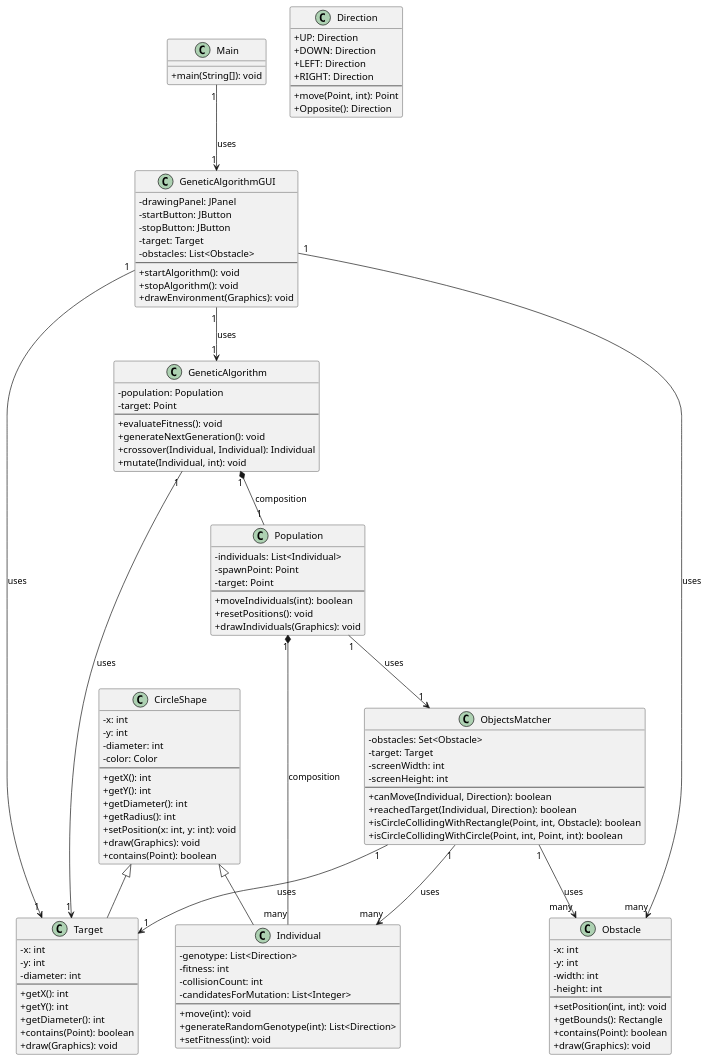
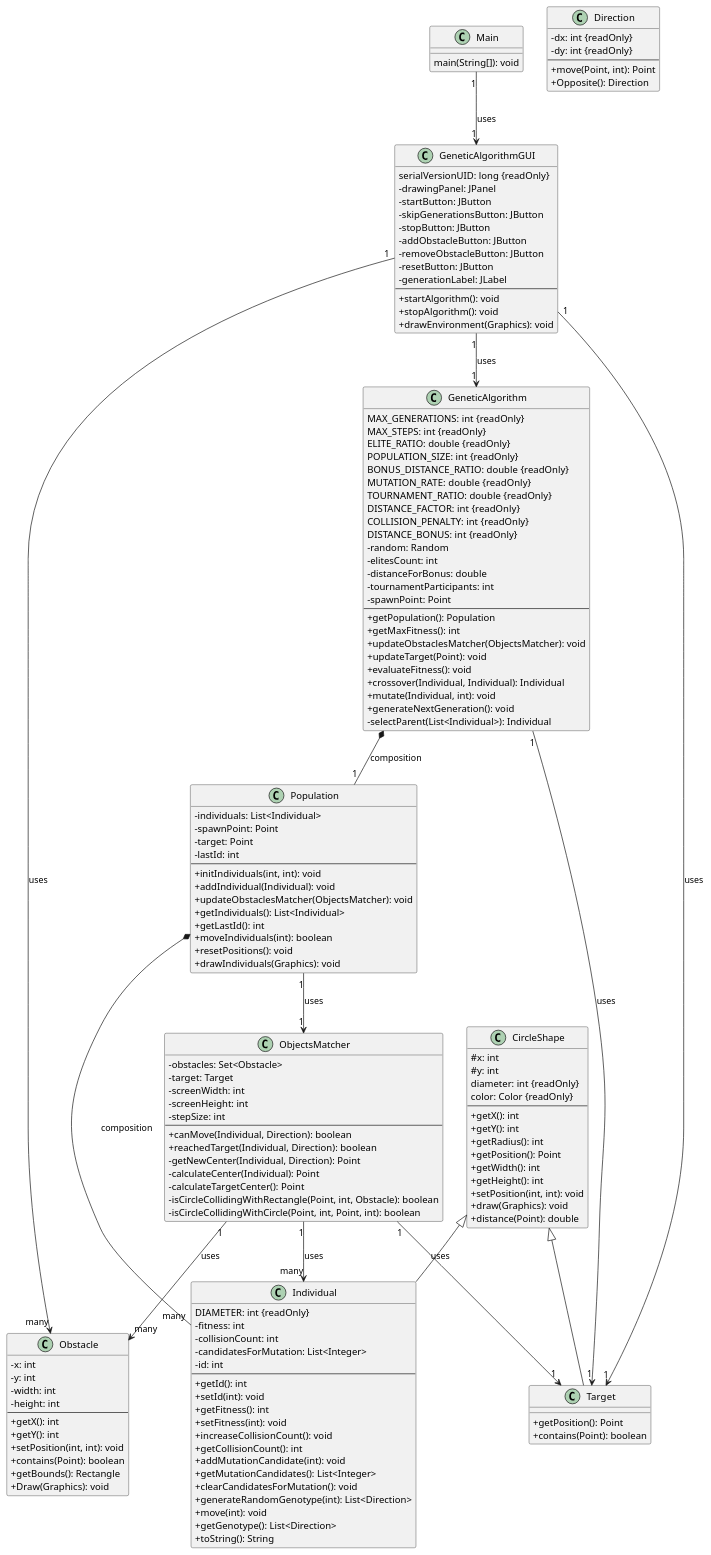
The diagram in docs/UmlClasses.puml (sedyukov/GeneticsAlgo), drawn with PlantUML before and after one commit. The commit also changed 3 other files, not shown here.

```diff
--- a/docs/UmlClasses.puml
+++ b/docs/UmlClasses.puml
@@ -1,131 +1,168 @@
 @startuml
 skinparam classAttributeIconSize 0
 
 class CircleShape {
-  - x: int
-  - y: int
-  - diameter: int
-  - color: Color
+  # x: int
+  # y: int
+  diameter: int {readOnly}
+  color: Color {readOnly}
   --
   + getX(): int
   + getY(): int
-  + getDiameter(): int
   + getRadius(): int
-  + setPosition(x: int, y: int): void
+  + getPosition(): Point
+  + getWidth(): int
+  + getHeight(): int
+  + setPosition(int, int): void
   + draw(Graphics): void
-  + contains(Point): boolean
+  + distance(Point): double
 }
 
 class Direction {
-  + UP: Direction
-  + DOWN: Direction
-  + LEFT: Direction
-  + RIGHT: Direction
+  - dx: int {readOnly}
+  - dy: int {readOnly}
   --
   + move(Point, int): Point
   + Opposite(): Direction
 }
 
+class GeneticAlgorithm {
+  MAX_GENERATIONS: int {readOnly}
+  MAX_STEPS: int {readOnly}
+  ELITE_RATIO: double {readOnly}
+  POPULATION_SIZE: int {readOnly}
+  BONUS_DISTANCE_RATIO: double {readOnly}
+  MUTATION_RATE: double {readOnly}
+  TOURNAMENT_RATIO: double {readOnly}
+  DISTANCE_FACTOR: int {readOnly}
+  COLLISION_PENALTY: int {readOnly}
+  DISTANCE_BONUS: int {readOnly}
+  - random: Random
+  - elitesCount: int
+  - distanceForBonus: double
+  - tournamentParticipants: int
+  - spawnPoint: Point
+  --
+  + getPopulation(): Population
+  + getMaxFitness(): int
+  + updateObstaclesMatcher(ObjectsMatcher): void
+  + updateTarget(Point): void
+  + evaluateFitness(): void
+  + crossover(Individual, Individual): Individual
+  + mutate(Individual, int): void
+  + generateNextGeneration(): void
+  - selectParent(List<Individual>): Individual
+}
+
+class GeneticAlgorithmGUI {
+  serialVersionUID: long {readOnly}
+  - drawingPanel: JPanel
+  - startButton: JButton
+  - skipGenerationsButton: JButton
+  - stopButton: JButton
+  - addObstacleButton: JButton
+  - removeObstacleButton: JButton
+  - resetButton: JButton
+  - generationLabel: JLabel
+  --
+  + startAlgorithm(): void
+  + stopAlgorithm(): void
+  + drawEnvironment(Graphics): void
+}
+
 class Individual {
-  - genotype: List<Direction>
+  DIAMETER: int {readOnly}
   - fitness: int
   - collisionCount: int
   - candidatesForMutation: List<Integer>
+  - id: int
   --
+  + getId(): int
+  + setId(int): void
+  + getFitness(): int
+  + setFitness(int): void
+  + increaseCollisionCount(): void
+  + getCollisionCount(): int
+  + addMutationCandidate(int): void
+  + getMutationCandidates(): List<Integer>
+  + clearCandidatesForMutation(): void
+  + generateRandomGenotype(int): List<Direction>
   + move(int): void
-  + generateRandomGenotype(int): List<Direction>
-  + setFitness(int): void
+  + getGenotype(): List<Direction>
+  + toString(): String
 }
 
-class Target {
-  - x: int
-  - y: int
-  - diameter: int
+class Main {
+  main(String[]): void
+}
+
+class ObjectsMatcher {
+  - obstacles: Set<Obstacle>
+  - target: Target
+  - screenWidth: int
+  - screenHeight: int
+  - stepSize: int
   --
-  + getX(): int
-  + getY(): int
-  + getDiameter(): int
-  + contains(Point): boolean
-  + draw(Graphics): void
+  + canMove(Individual, Direction): boolean
+  + reachedTarget(Individual, Direction): boolean
+  - getNewCenter(Individual, Direction): Point
+  - calculateCenter(Individual): Point
+  - calculateTargetCenter(): Point
+  - isCircleCollidingWithRectangle(Point, int, Obstacle): boolean
+  - isCircleCollidingWithCircle(Point, int, Point, int): boolean
 }
 
 class Obstacle {
   - x: int
   - y: int
   - width: int
   - height: int
   --
+  + getX(): int
+  + getY(): int
   + setPosition(int, int): void
+  + contains(Point): boolean
   + getBounds(): Rectangle
-  + contains(Point): boolean
-  + draw(Graphics): void
-}
-
-class ObjectsMatcher {
-  - obstacles: Set<Obstacle>
-  - target: Target
-  - screenWidth: int
-  - screenHeight: int
-  --
-  + canMove(Individual, Direction): boolean
-  + reachedTarget(Individual, Direction): boolean
-  + isCircleCollidingWithRectangle(Point, int, Obstacle): boolean
-  + isCircleCollidingWithCircle(Point, int, Point, int): boolean
+  + Draw(Graphics): void
 }
 
 class Population {
   - individuals: List<Individual>
   - spawnPoint: Point
   - target: Point
+  - lastId: int
   --
+  + initIndividuals(int, int): void
+  + addIndividual(Individual): void
+  + updateObstaclesMatcher(ObjectsMatcher): void
+  + getIndividuals(): List<Individual>
+  + getLastId(): int
   + moveIndividuals(int): boolean
   + resetPositions(): void
   + drawIndividuals(Graphics): void
 }
 
-class GeneticAlgorithm {
-  - population: Population
-  - target: Point
-  --
-  + evaluateFitness(): void
-  + generateNextGeneration(): void
-  + crossover(Individual, Individual): Individual
-  + mutate(Individual, int): void
-}
-
-class GeneticAlgorithmGUI {
-  - drawingPanel: JPanel
-  - startButton: JButton
-  - stopButton: JButton
-  - target: Target
-  - obstacles: List<Obstacle>
-  --
-  + startAlgorithm(): void
-  + stopAlgorithm(): void
-  + drawEnvironment(Graphics): void
-}
-
-class Main {
-  + main(String[]): void
+class Target {
+  + getPosition(): Point
+  + contains(Point): boolean
 }
 
 CircleShape <|-- Individual
 CircleShape <|-- Target
 
 ObjectsMatcher "1" --> "many" Obstacle : uses
 ObjectsMatcher "1" --> "1" Target : uses
 ObjectsMatcher "1" --> "many" Individual : uses
 
-Population "1" *-- "many" Individual : composition
+Population *-- "many" Individual : composition
 Population "1" --> "1" ObjectsMatcher : uses
 
-GeneticAlgorithm "1" *-- "1" Population : composition
+GeneticAlgorithm *-- "1" Population : composition
 GeneticAlgorithm "1" --> "1" Target : uses
 
 GeneticAlgorithmGUI "1" --> "1" GeneticAlgorithm : uses
 GeneticAlgorithmGUI "1" --> "1" Target : uses
 GeneticAlgorithmGUI "1" --> "many" Obstacle : uses
 
 Main "1" --> "1" GeneticAlgorithmGUI : uses
-
 @enduml
```
